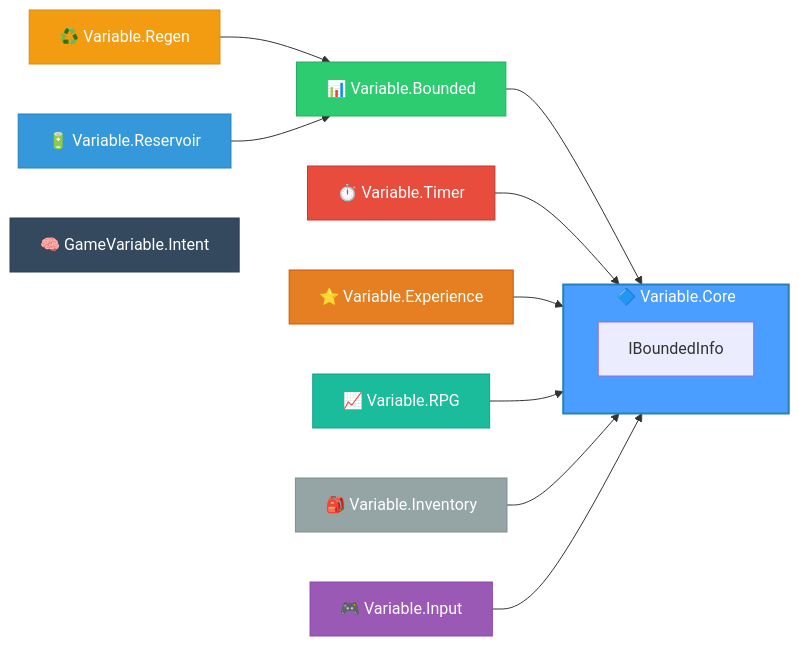
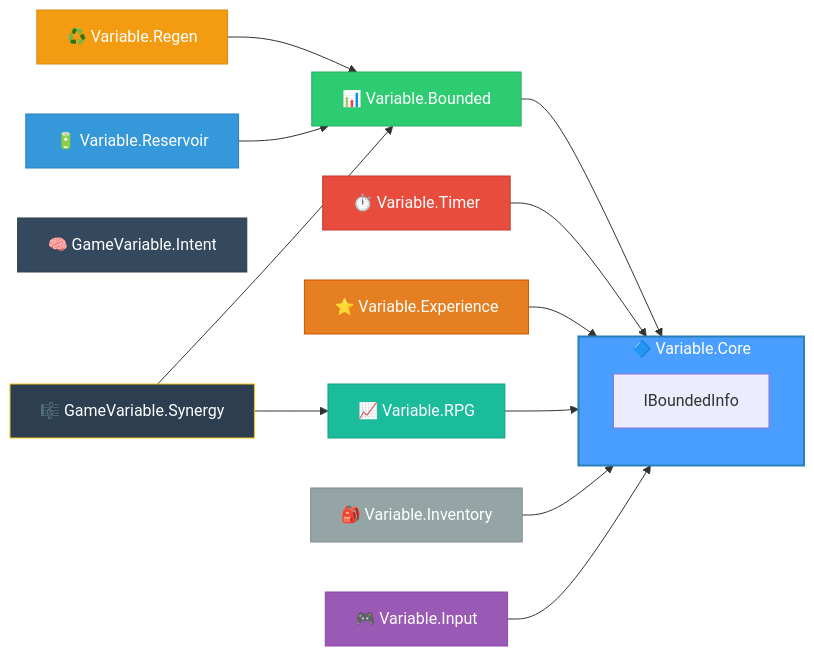
The diagram in README.md (IAFahim/GameVariable), drawn with Mermaid before and after one commit. The commit also changed other lines of this file and 8 other files, not shown here.

First line of the commit message:
feat: add GameVariable.Synergy integration project

````diff
--- a/README.md
+++ b/README.md
@@ -79,27 +79,30 @@
 ```mermaid
 graph LR
     subgraph Core["🔷 Variable.Core"]
         IBoundedInfo["IBoundedInfo"]
     end
     
     Bounded["📊 Variable.Bounded"] --> Core
     Timer["⏱️ Variable.Timer"] --> Core
     Regen["♻️ Variable.Regen"] --> Bounded
     Reservoir["🔋 Variable.Reservoir"] --> Bounded
     Experience["⭐ Variable.Experience"] --> Core
     RPG["📈 Variable.RPG"] --> Core
     Inventory["🎒 Variable.Inventory"] --> Core
     Input["🎮 Variable.Input"] --> Core
     Intent["🧠 GameVariable.Intent"]
+    Synergy["🎼 GameVariable.Synergy"] --> Bounded
+    Synergy --> RPG
     
     style Core fill:#4a9eff,stroke:#2980b9,stroke-width:2px,color:#fff
     style Bounded fill:#2ecc71,stroke:#27ae60,color:#fff
     style Timer fill:#e74c3c,stroke:#c0392b,color:#fff
     style Regen fill:#f39c12,stroke:#d68910,color:#fff
     style Reservoir fill:#3498db,stroke:#2980b9,color:#fff
     style Experience fill:#e67e22,stroke:#d35400,color:#fff
     style RPG fill:#1abc9c,stroke:#16a085,color:#fff
     style Inventory fill:#95a5a6,stroke:#7f8c8d,color:#fff
     style Input fill:#9b59b6,stroke:#8e44ad,color:#fff
     style Intent fill:#34495e,stroke:#2c3e50,color:#fff
+    style Synergy fill:#2c3e50,stroke:#f1c40f,color:#fff
 ```
````
